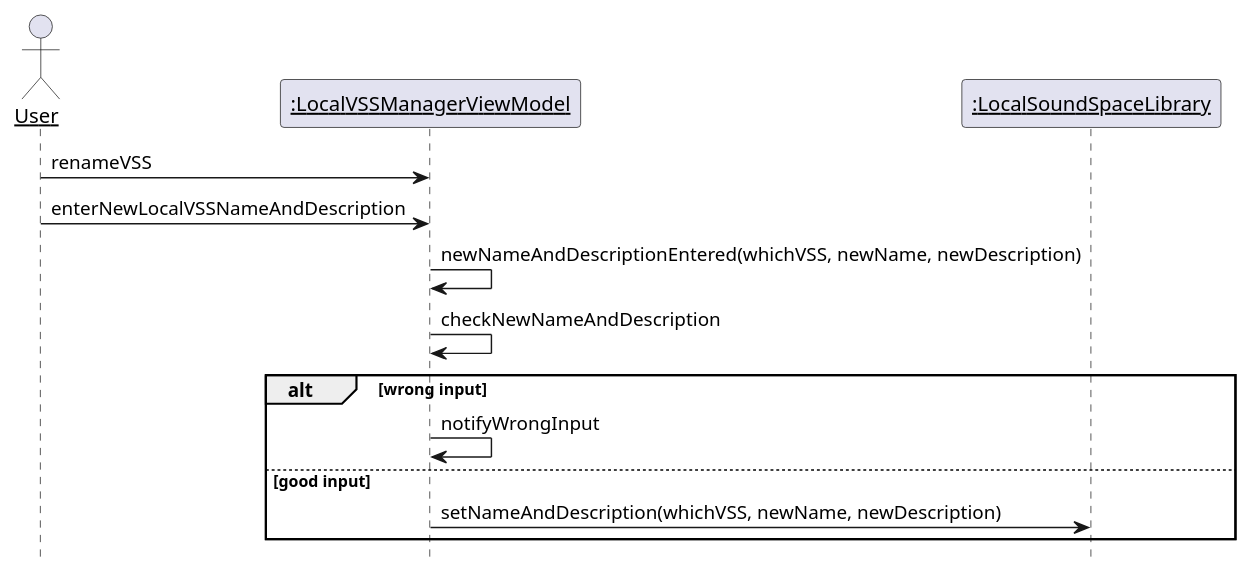
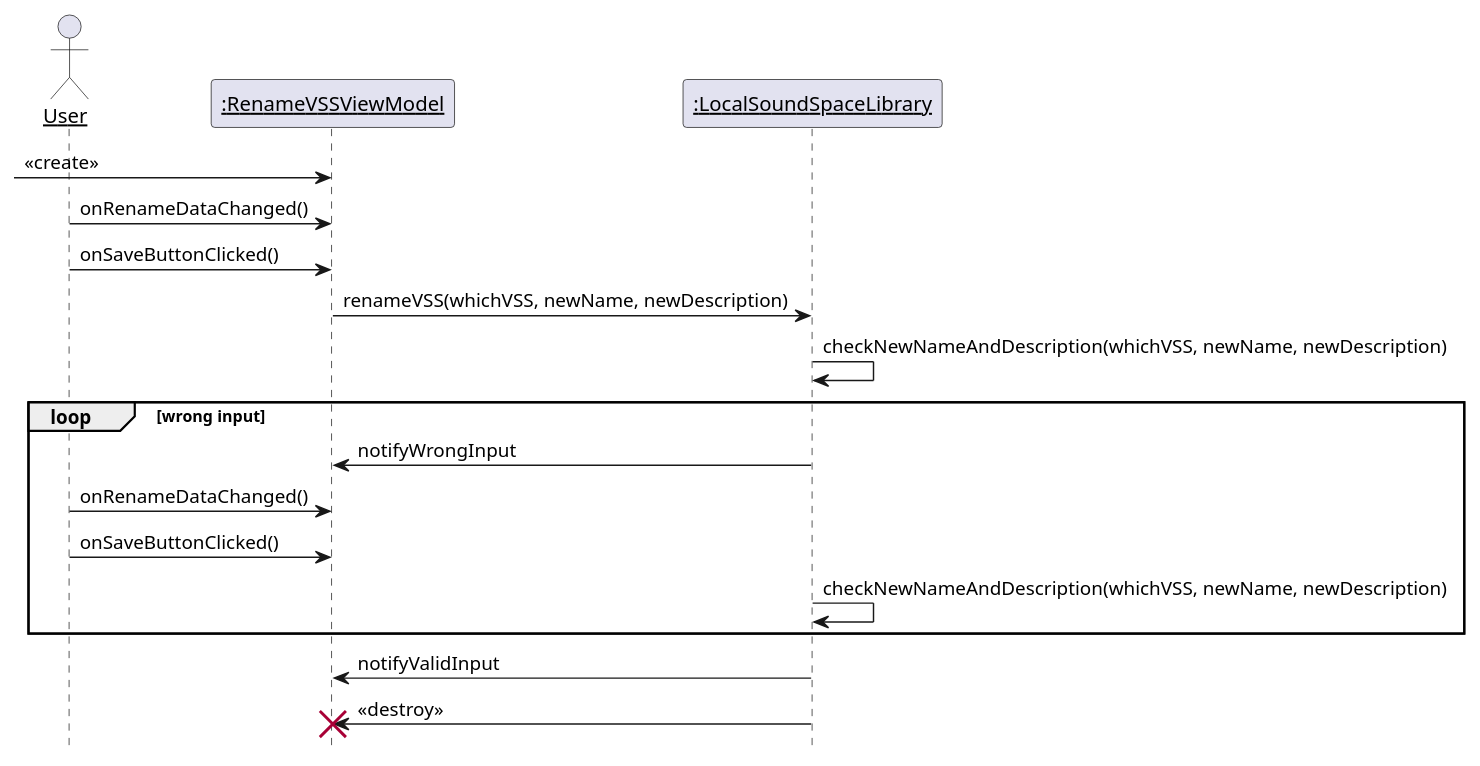
One commit to kpp19920121/doc changed diagram 16 of 29 in 设计/顺序图.md. Above: the diagram before and after it, drawn with PlantUML. The commit also changed other lines of this file and 4 other files, not shown here.

````diff
--- a/设计/顺序图.md
+++ b/设计/顺序图.md
@@ -542,21 +558,27 @@
 ```PlantUML
 @startuml Diagrams/RenameVSS
 hide footbox
 skinparam sequenceParticipant underline
 
 actor User as user
-participant ":LocalVSSManagerViewModel" as page
+participant ":RenameVSSViewModel" as viewModel
 participant ":LocalSoundSpaceLibrary" as library
 
-user -> page: renameVSS
-user -> page: enterNewLocalVSSNameAndDescription
-page -> page: newNameAndDescriptionEntered(whichVSS, newName, newDescription)
-page -> page: checkNewNameAndDescription
-alt wrong input
-    page -> page: notifyWrongInput
-else good input
-    page -> library: setNameAndDescription(whichVSS, newName, newDescription)
+-> viewModel: <<create>>
+user -> viewModel: onRenameDataChanged()
+user -> viewModel: onSaveButtonClicked()
+viewModel -> library: renameVSS(whichVSS, newName, newDescription)
+library -> library: checkNewNameAndDescription(whichVSS, newName, newDescription)
+loop wrong input
+    library -> viewModel: notifyWrongInput
+    user -> viewModel: onRenameDataChanged()
+    user -> viewModel: onSaveButtonClicked()
+    library -> library: checkNewNameAndDescription(whichVSS, newName, newDescription)
 end
+    library -> viewModel: notifyValidInput
+    library -> viewModel: <<destroy>>
+    destroy viewModel
+
 
 @enduml
 ```
````
